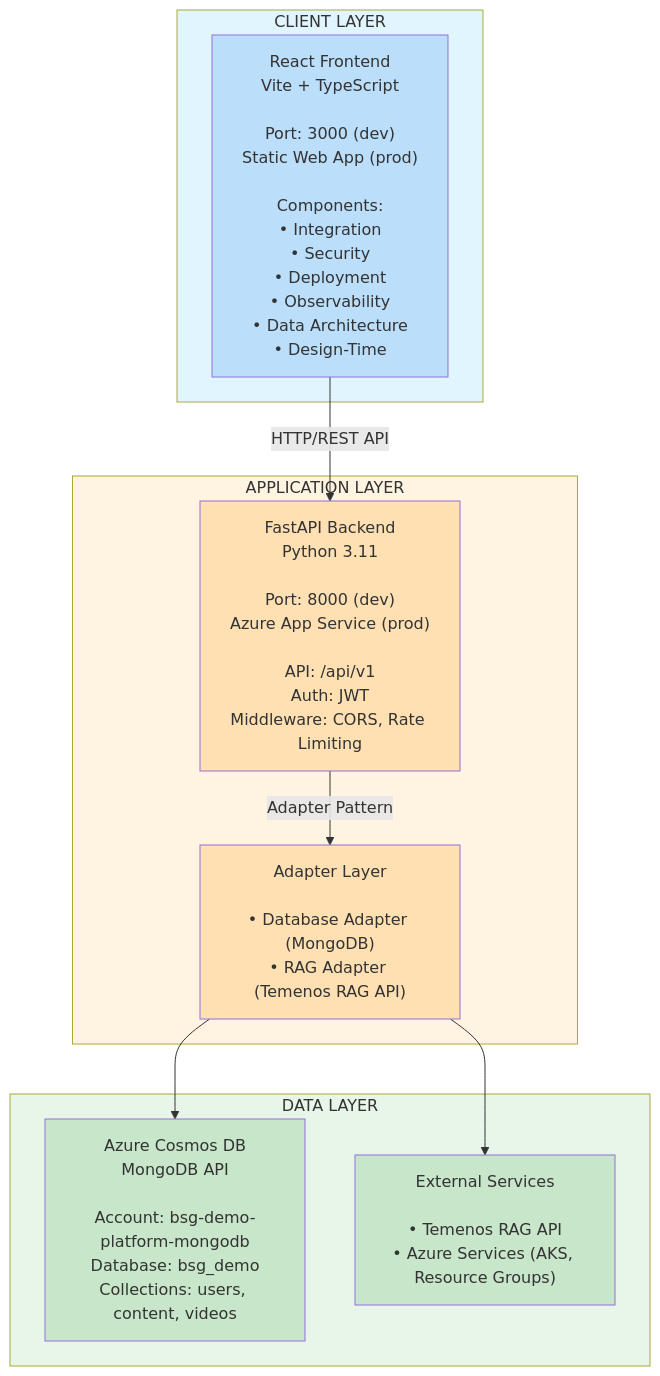
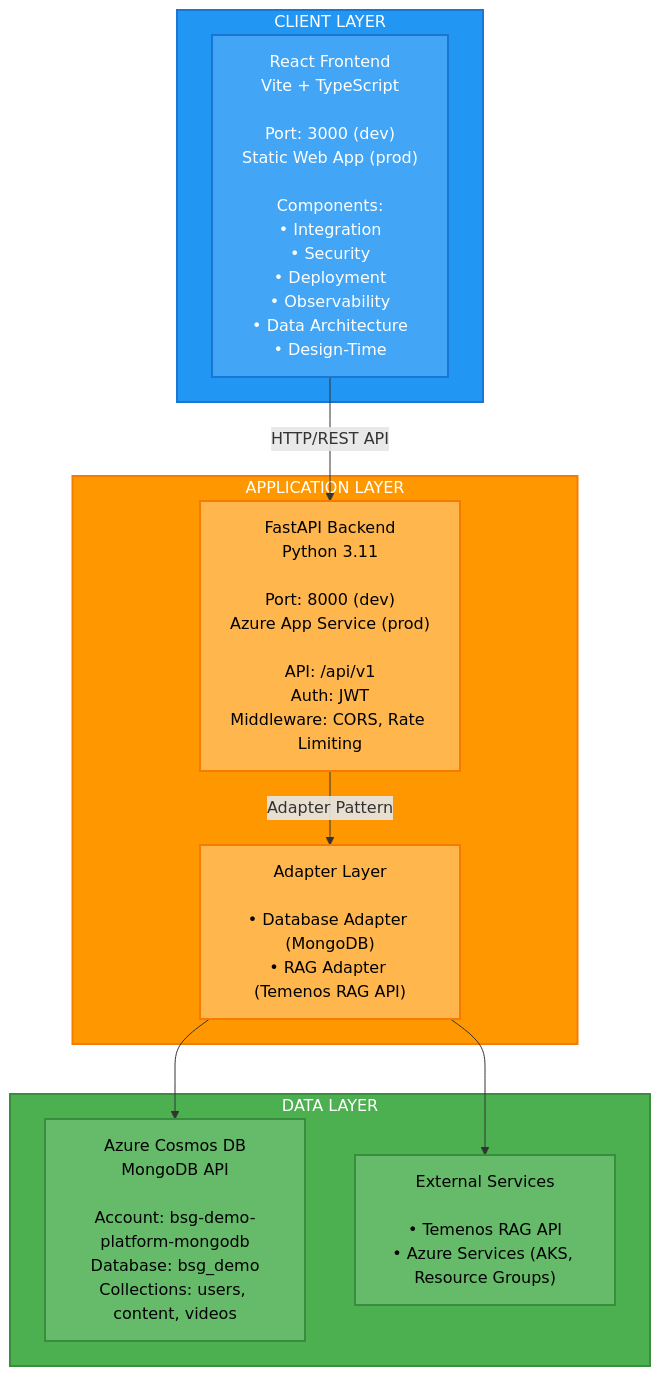
The first of 3 diagrams in docs/ARCHITECTURE.md (sergey1tovstogan/bsg-demo-platform), drawn with Mermaid before and after one commit. The commit also changed other lines of this file, not shown here.

Commit message:
docs: Update Mermaid diagram colors to be more visible with darker, high-contrast colors

````diff
--- a/docs/ARCHITECTURE.md
+++ b/docs/ARCHITECTURE.md
@@ -11,30 +11,30 @@
 ```mermaid
 graph TB
     subgraph Client["CLIENT LAYER"]
         Frontend["React Frontend<br/>Vite + TypeScript<br/><br/>Port: 3000 (dev)<br/>Static Web App (prod)<br/><br/>Components:<br/>• Integration<br/>• Security<br/>• Deployment<br/>• Observability<br/>• Data Architecture<br/>• Design-Time"]
     end
     
     subgraph Application["APPLICATION LAYER"]
         Backend["FastAPI Backend<br/>Python 3.11<br/><br/>Port: 8000 (dev)<br/>Azure App Service (prod)<br/><br/>API: /api/v1<br/>Auth: JWT<br/>Middleware: CORS, Rate Limiting"]
         Adapter["Adapter Layer<br/><br/>• Database Adapter (MongoDB)<br/>• RAG Adapter (Temenos RAG API)"]
     end
     
     subgraph Data["DATA LAYER"]
         MongoDB["Azure Cosmos DB<br/>MongoDB API<br/><br/>Account: bsg-demo-platform-mongodb<br/>Database: bsg_demo<br/>Collections: users, content, videos"]
         External["External Services<br/><br/>• Temenos RAG API<br/>• Azure Services (AKS, Resource Groups)"]
     end
     
     Frontend -->|HTTP/REST API| Backend
     Backend -->|Adapter Pattern| Adapter
     Adapter --> MongoDB
     Adapter --> External
     
-    style Client fill:#e1f5ff
-    style Application fill:#fff4e1
-    style Data fill:#e8f5e9
-    style Frontend fill:#bbdefb
-    style Backend fill:#ffe0b2
-    style Adapter fill:#ffe0b2
-    style MongoDB fill:#c8e6c9
-    style External fill:#c8e6c9
+    style Client fill:#2196F3,stroke:#1976D2,stroke-width:2px,color:#fff
+    style Application fill:#FF9800,stroke:#F57C00,stroke-width:2px,color:#fff
+    style Data fill:#4CAF50,stroke:#388E3C,stroke-width:2px,color:#fff
+    style Frontend fill:#42A5F5,stroke:#1976D2,stroke-width:2px,color:#fff
+    style Backend fill:#FFB74D,stroke:#F57C00,stroke-width:2px,color:#000
+    style Adapter fill:#FFB74D,stroke:#F57C00,stroke-width:2px,color:#000
+    style MongoDB fill:#66BB6A,stroke:#388E3C,stroke-width:2px,color:#000
+    style External fill:#66BB6A,stroke:#388E3C,stroke-width:2px,color:#000
 ```
````
